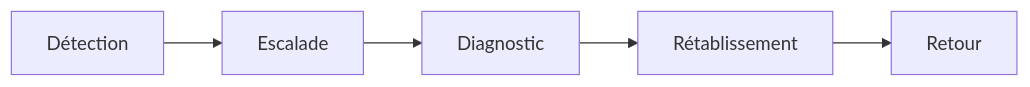
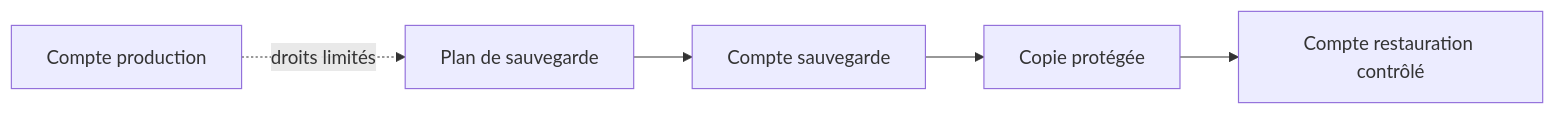
Before and after one commit to biggyseven/Skill-Tree: the sixth of 6 diagrams in content/lessons/maint-sauvegarde-intermediaire.md, drawn with Mermaid. The commit also changed other lines of this file, not shown here.

Commit message:
Adapter les schémas au sujet de maint-sauvegarde-intermediaire

````diff
--- a/content/lessons/maint-sauvegarde-intermediaire.md
+++ b/content/lessons/maint-sauvegarde-intermediaire.md
@@ -92,4 +107,7 @@
 ```mermaid
 flowchart LR
-  A[Détection] --> B[Escalade] --> C[Diagnostic] --> D[Rétablissement] --> E[Retour]
+  A[Compte production] -. droits limités .-> B[Plan de sauvegarde]
+  B --> C[Compte sauvegarde]
+  C --> D[Copie protégée]
+  D --> E[Compte restauration contrôlé]
 ```
````
